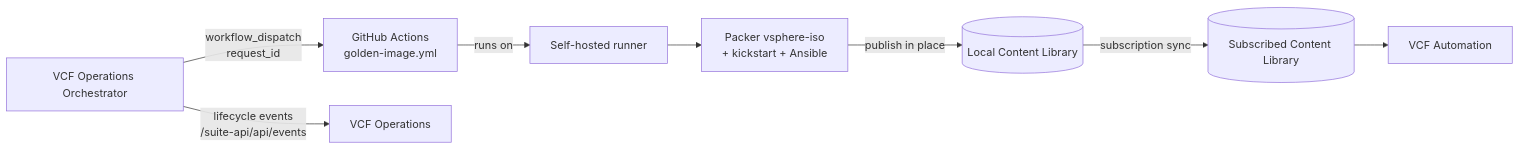
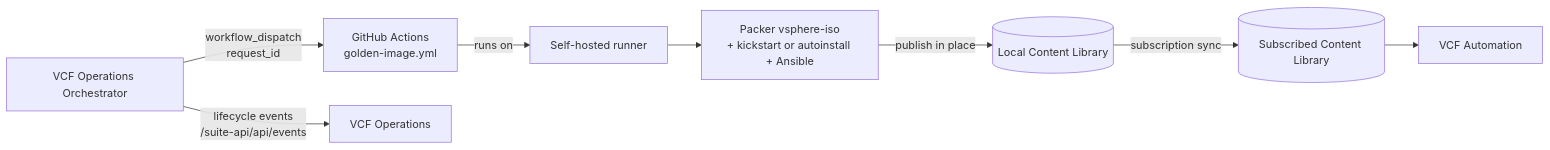
Before and after one commit to NJSchulz/packer-golden-images: the diagram in README.md, drawn with Mermaid. The commit also changed other lines of this file and 18 other files, not shown here.

````diff
--- a/README.md
+++ b/README.md
@@ -17,10 +17,10 @@
 ```mermaid
 flowchart LR
   O[VCF Operations Orchestrator] -- workflow_dispatch<br/>request_id --> GH[GitHub Actions<br/>golden-image.yml]
   GH -- runs on --> R[Self-hosted runner]
-  R --> P[Packer vsphere-iso<br/>+ kickstart + Ansible]
+  R --> P[Packer vsphere-iso<br/>+ kickstart or autoinstall + Ansible]
   P -- publish in place --> SL[(Local Content Library)]
   SL -- subscription sync --> SUB[(Subscribed Content Library)]
   SUB --> VCFA[VCF Automation]
   O -- lifecycle events<br/>/suite-api/api/events --> OPS[VCF Operations]
 ```
````
